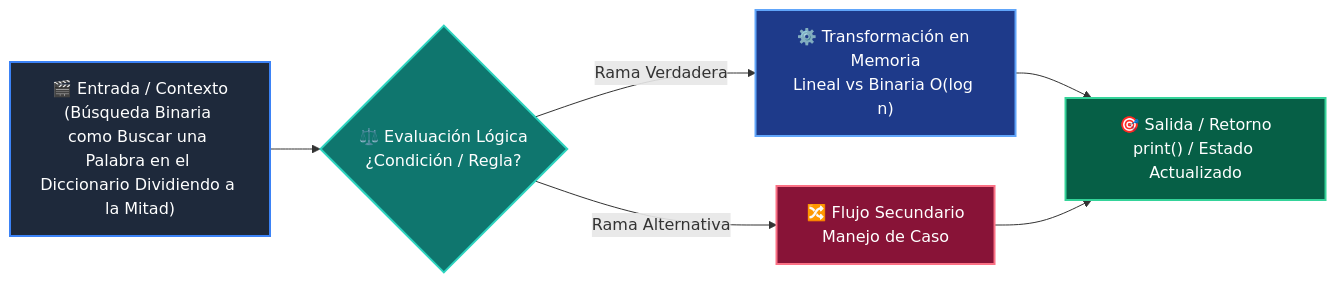
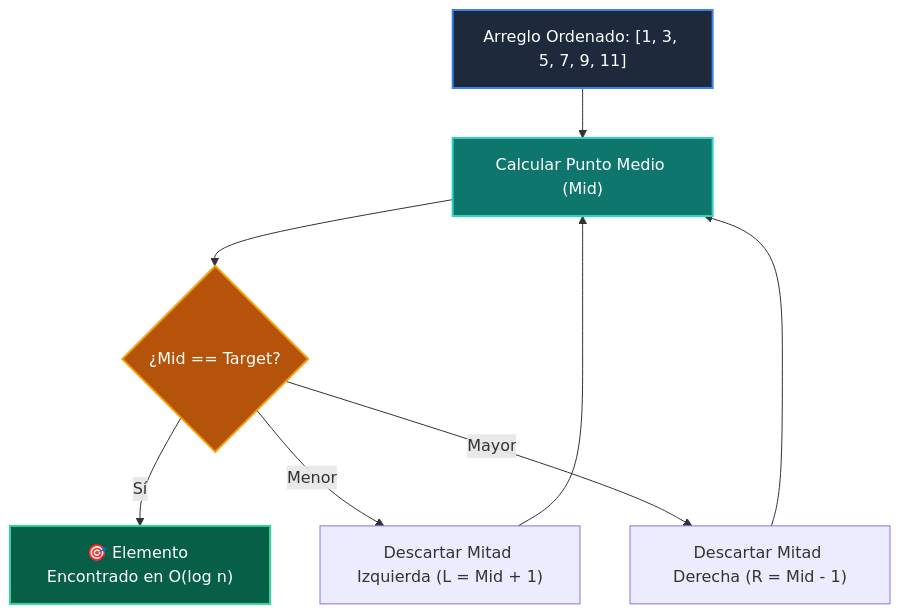
The diagram in 02-algoritmos-estructuras/clase-04-algoritmos-busqueda/README.md (wisrovi/wisrovi-python), drawn with Mermaid before and after one commit. The commit also changed other lines of this file and 271 other files, not shown here.

Commit message:
docs: rewrite all README.md files with bespoke topic-specific Mermaid diagrams and remove repetitive boilerplate

````diff
--- a/02-algoritmos-estructuras/clase-04-algoritmos-busqueda/README.md
+++ b/02-algoritmos-estructuras/clase-04-algoritmos-busqueda/README.md
@@ -35,14 +12,15 @@
 ```mermaid
-flowchart LR
-    A["🎬 Entrada / Contexto<br/>(Búsqueda Binaria como Buscar una Palabra en el Diccionario Dividiendo a la Mitad)"] --> B{"⚖️ Evaluación Lógica<br/>¿Condición / Regla?"}
-    B -->|Rama Verdadera| C["⚙️ Transformación en Memoria<br/>Lineal vs Binaria O(log n)"]
-    B -->|Rama Alternativa| D["🔀 Flujo Secundario<br/>Manejo de Caso"]
-    C --> E["🎯 Salida / Retorno<br/>print() / Estado Actualizado"]
-    D --> E
+flowchart TD
+    ARR["Arreglo Ordenado: [1, 3, 5, 7, 9, 11]"] --> MID["Calcular Punto Medio (Mid)"]
+    MID --> CMP{"¿Mid == Target?"}
+    CMP -->|Sí| FOUND["🎯 Elemento Encontrado en O(log n)"]
+    CMP -->|Menor| RIGHT["Descartar Mitad Izquierda (L = Mid + 1)"]
+    CMP -->|Mayor| LEFT["Descartar Mitad Derecha (R = Mid - 1)"]
+    RIGHT --> MID
+    LEFT --> MID
 
-    style A fill:#1e293b,color:#ffffff,stroke:#3b82f6,stroke-width:2px
-    style B fill:#0f766e,color:#ffffff,stroke:#2dd4bf,stroke-width:2px
-    style C fill:#1e3a8a,color:#ffffff,stroke:#60a5fa,stroke-width:2px
-    style D fill:#881337,color:#ffffff,stroke:#fb7185,stroke-width:2px
-    style E fill:#065f46,color:#ffffff,stroke:#34d399,stroke-width:2px
+    style ARR fill:#1e293b,color:#fff,stroke:#3b82f6,stroke-width:2px
+    style MID fill:#0f766e,color:#fff,stroke:#2dd4bf,stroke-width:2px
+    style CMP fill:#b45309,color:#fff,stroke:#f59e0b,stroke-width:2px
+    style FOUND fill:#065f46,color:#fff,stroke:#34d399,stroke-width:2px
 ```
````
